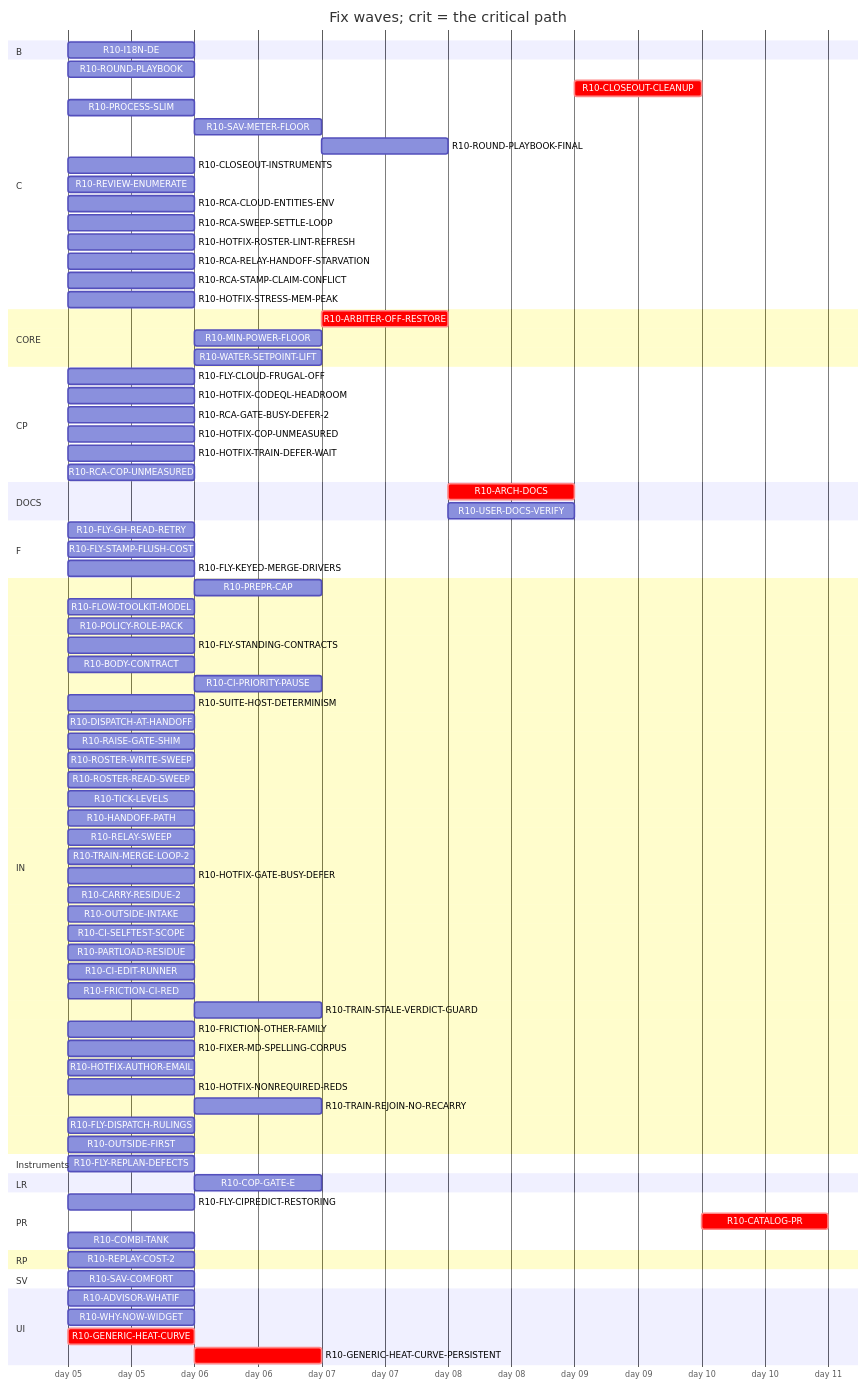
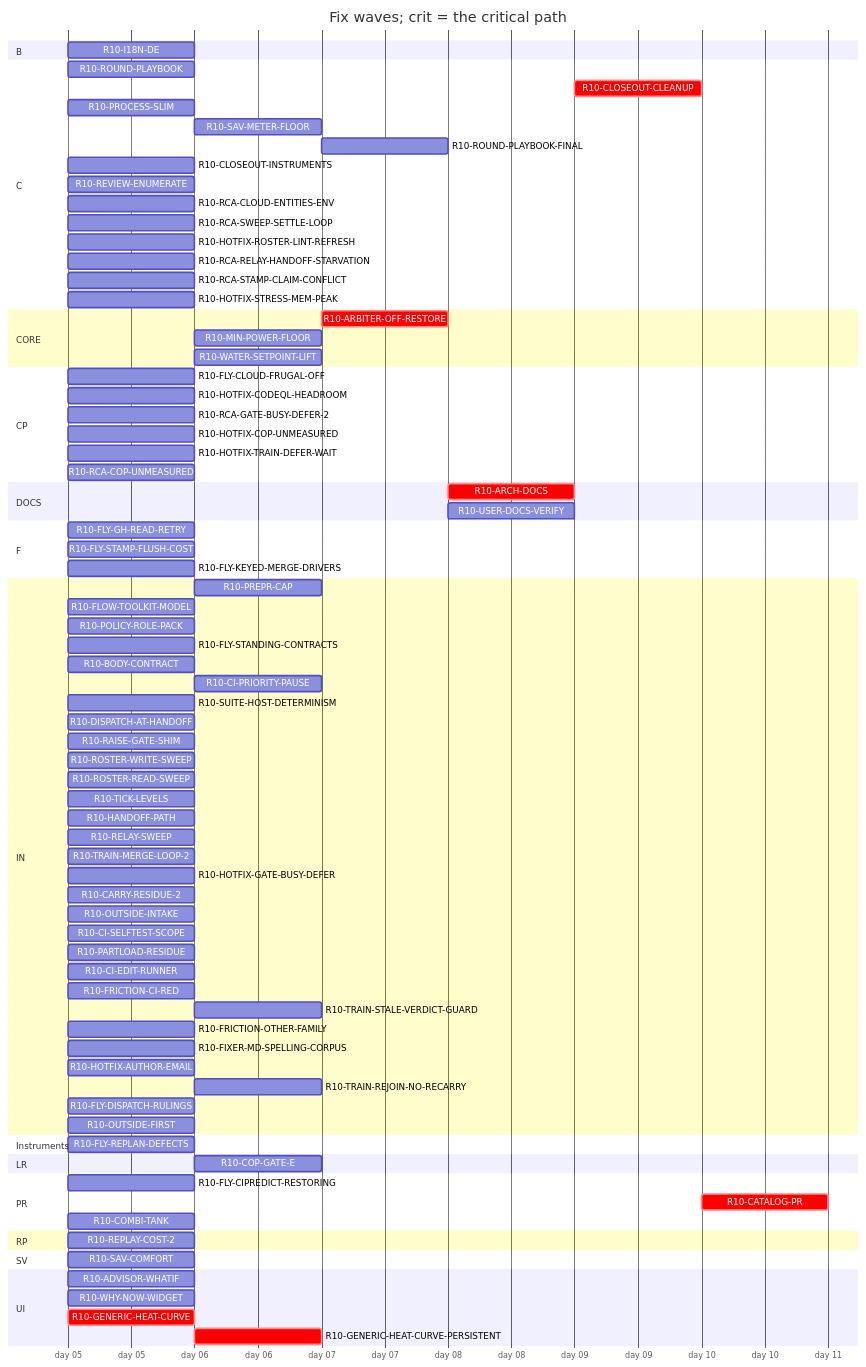
The diagram in handoff/round10/state/PLAN-TABLE.md (tvofi/heatpump_optimizer), drawn with Mermaid before and after one commit. The commit also changed other lines of this file and 3 other files, not shown here.

Commit message:
state: FLOW-BOARD.md, NEXT-SESSION-PROMPT.md, PLAN-TABLE.md, RESUME-CURRENT.md regenerated (state_docs.py)

```diff
--- a/handoff/round10/state/PLAN-TABLE.md
+++ b/handoff/round10/state/PLAN-TABLE.md
@@ -89,7 +89,6 @@
     R10-FRICTION-OTHER-FAMILY :r10FRICTIONOTHERFAMILY, 2026-01-05, 1d
     R10-FIXER-MD-SPELLING-CORPUS :r10FIXERMDSPELLINGCORPUS, 2026-01-05, 1d
     R10-HOTFIX-AUTHOR-EMAIL :r10HOTFIXAUTHOREMAIL, 2026-01-05, 1d
-    R10-HOTFIX-NONREQUIRED-REDS :r10HOTFIXNONREQUIREDREDS, 2026-01-05, 1d
     R10-TRAIN-REJOIN-NO-RECARRY :r10TRAINREJOINNORECARRY, after r10HOTFIXTRAINDEFERWAIT r10TRAINMERGELOOP2, 1d
     R10-FLY-DISPATCH-RULINGS :r10FLYDISPATCHRULINGS, 2026-01-05, 1d
     R10-OUTSIDE-FIRST :r10OUTSIDEFIRST, 2026-01-05, 1d
```
